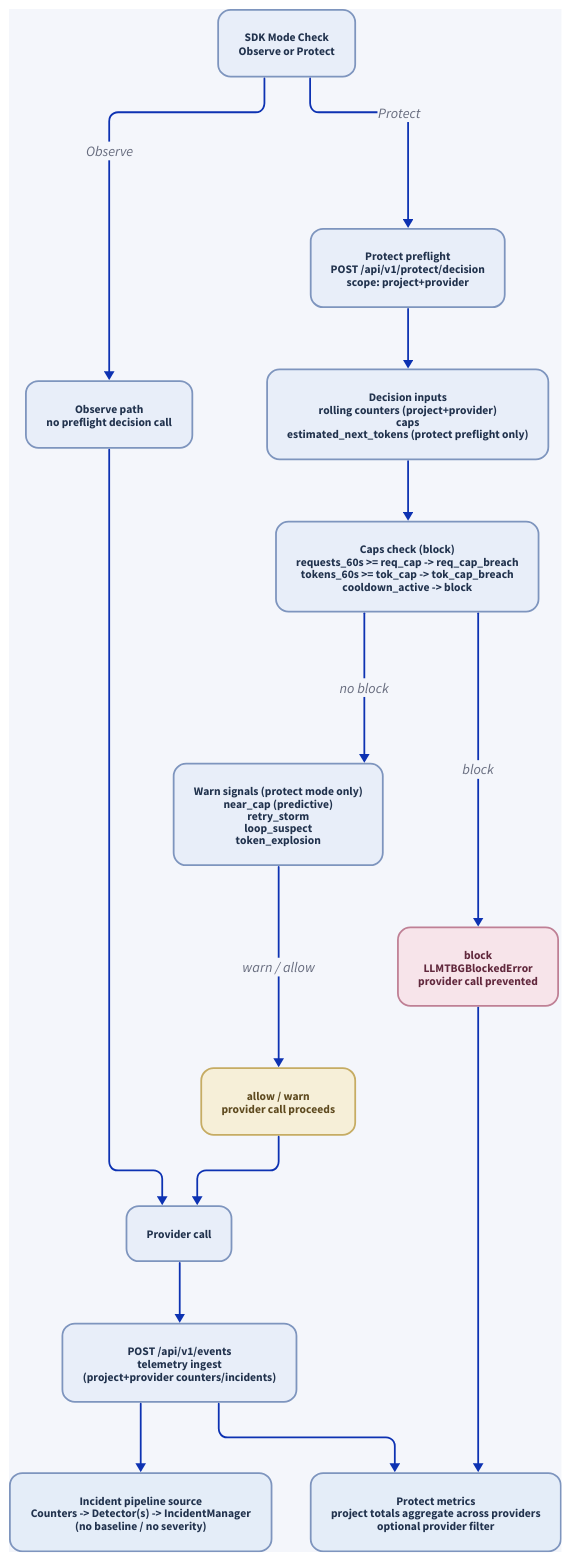
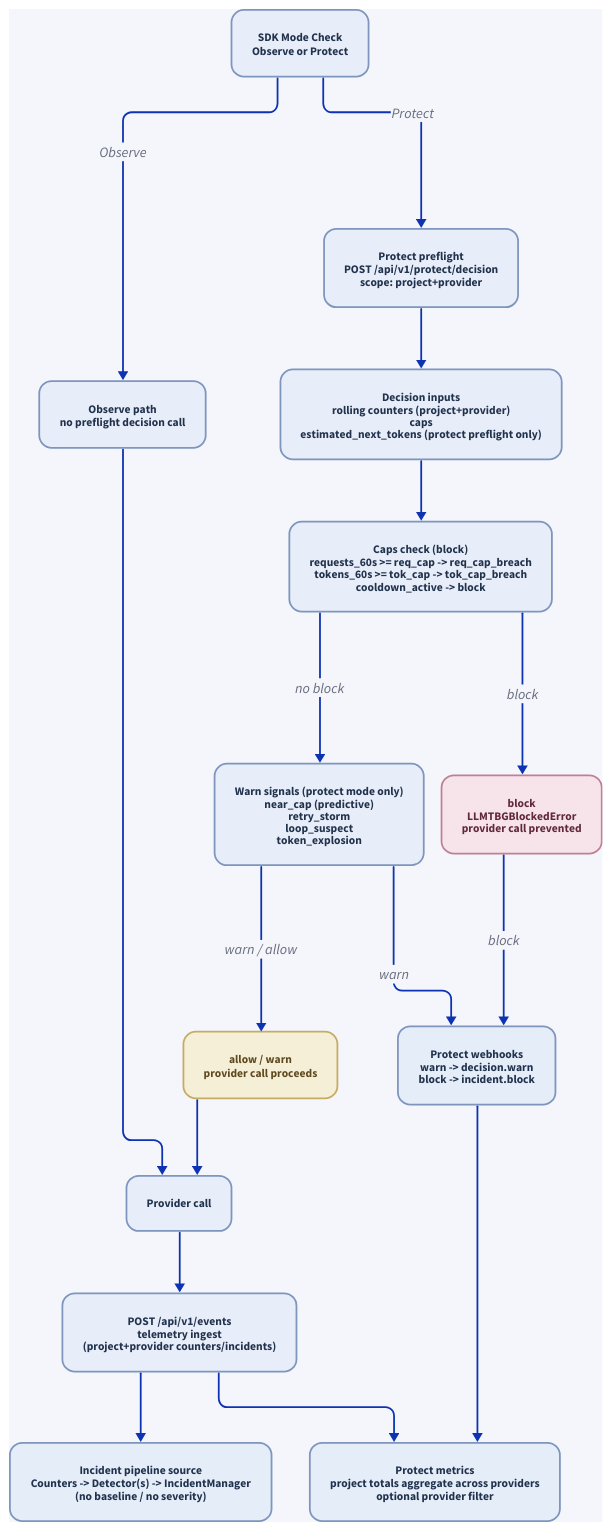
One commit to MichaelTelvin/Rheonic changed the diagram in docs/architecture/protect_decision_flow.d2. Above: the diagram before and after it, drawn with D2. The commit also changed 32 other files, not shown here.

```diff
--- a/docs/architecture/protect_decision_flow.d2
+++ b/docs/architecture/protect_decision_flow.d2
@@ -1,147 +1,159 @@
 direction: down
 
 vars: {
   d2-config: {
     pad: 20
     sketch: false
     layout-engine: elk
   }
 }
 
 style: {
   fill: "#f4f6fb"
 }
 
 sdk_mode: "SDK Mode Check\nObserve or Protect" {
   style: {
     fill: "#e8eef9"
     stroke: "#7e95be"
     font-color: "#21324d"
     border-radius: 14
     font-size: 13
   }
 }
 
 observe: "Observe path\nno preflight decision call" {
   style: {
     fill: "#e8eef9"
     stroke: "#7e95be"
     font-color: "#21324d"
     border-radius: 14
     font-size: 13
   }
 }
 
 preflight: "Protect preflight\nPOST /api/v1/protect/decision\nscope: project+provider" {
   style: {
     fill: "#e8eef9"
     stroke: "#7e95be"
     font-color: "#21324d"
     border-radius: 14
     font-size: 13
   }
 }
 
 inputs: "Decision inputs\nrolling counters (project+provider)\ncaps\nestimated_next_tokens (protect preflight only)" {
   style: {
     fill: "#e8eef9"
     stroke: "#7e95be"
     font-color: "#21324d"
     border-radius: 14
     font-size: 13
   }
 }
 
 caps: "Caps check (block)\nrequests_60s >= req_cap -> req_cap_breach\ntokens_60s >= tok_cap -> tok_cap_breach\ncooldown_active -> block" {
   style: {
     fill: "#e8eef9"
     stroke: "#7e95be"
     font-color: "#21324d"
     border-radius: 14
     font-size: 13
   }
 }
 
 warn_signals: "Warn signals (protect mode only)\nnear_cap (predictive)\nretry_storm\nloop_suspect\ntoken_explosion" {
   style: {
     fill: "#e8eef9"
     stroke: "#7e95be"
     font-color: "#21324d"
     border-radius: 14
     font-size: 13
   }
 }
 
 allow_warn: "allow / warn\nprovider call proceeds" {
   style: {
     fill: "#f6efd8"
     stroke: "#c6ac63"
     font-color: "#5e4a1f"
     border-radius: 14
     font-size: 13
   }
 }
 
 block: "block\nLLMTBGBlockedError\nprovider call prevented" {
   style: {
     fill: "#f7e4ea"
     stroke: "#bf8095"
     font-color: "#61283d"
     border-radius: 14
     font-size: 13
   }
 }
 
+decision_webhooks: "Protect webhooks\nwarn -> decision.warn\nblock -> incident.block" {
+  style: {
+    fill: "#e4edf8"
+    stroke: "#7e95be"
+    font-color: "#21324d"
+    border-radius: 14
+    font-size: 13
+  }
+}
+
 provider: "Provider call" {
   style: {
     fill: "#e8eef9"
     stroke: "#7e95be"
     font-color: "#21324d"
     border-radius: 14
     font-size: 13
   }
 }
 
 ingest: "POST /api/v1/events\ntelemetry ingest\n(project+provider counters/incidents)" {
   style: {
     fill: "#e8eef9"
     stroke: "#7e95be"
     font-color: "#21324d"
     border-radius: 14
     font-size: 13
   }
 }
 
 incident_pipeline: "Incident pipeline source\nCounters -> Detector(s) -> IncidentManager\n(no baseline / no severity)" {
   style: {
     fill: "#e4edf8"
     stroke: "#7e95be"
     font-color: "#21324d"
     border-radius: 14
     font-size: 13
   }
 }
 
 metrics: "Protect metrics\nproject totals aggregate across providers\noptional provider filter" {
   style: {
     fill: "#e4edf8"
     stroke: "#7e95be"
     font-color: "#21324d"
     border-radius: 14
     font-size: 13
   }
 }
 
 sdk_mode -> observe: "Observe"
 sdk_mode -> preflight: "Protect"
 observe -> provider
 preflight -> inputs
 inputs -> caps
 caps -> block: "block"
 caps -> warn_signals: "no block"
 warn_signals -> allow_warn: "warn / allow"
+warn_signals -> decision_webhooks: "warn"
+block -> decision_webhooks: "block"
 allow_warn -> provider
 provider -> ingest
-block -> metrics
+decision_webhooks -> metrics
 ingest -> incident_pipeline
 ingest -> metrics
```
